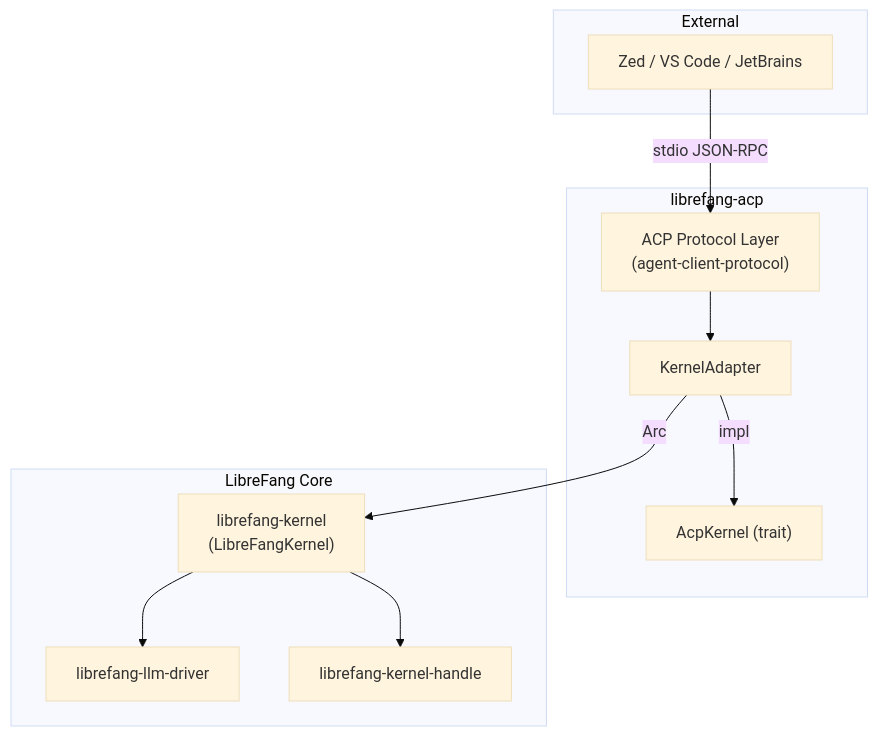
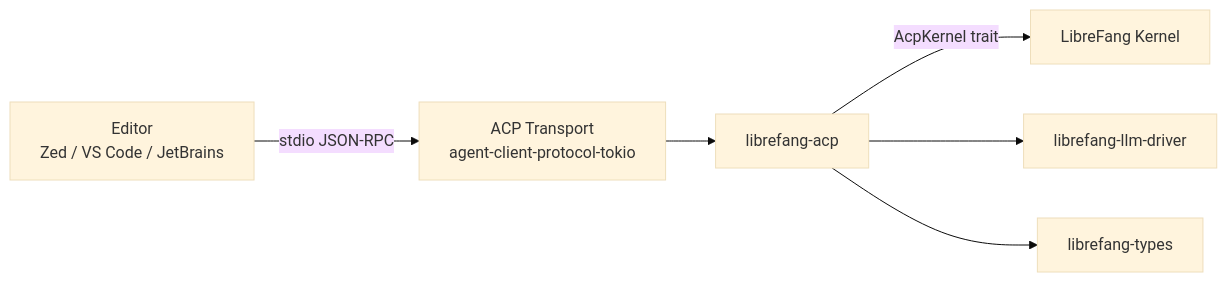
Before and after one commit to leszek3737/librefang-WIki: the diagram in other-librefang-acp.md, drawn with Mermaid (base theme). The commit also changed other lines of this file and 70 other files, not shown here.

````diff
--- a/other-librefang-acp.md
+++ b/other-librefang-acp.md
@@ -9,25 +15,8 @@
 ```mermaid
-graph TD
-    subgraph External
-        Zed["Zed / VS Code / JetBrains"]
-    end
-
-    subgraph "librefang-acp"
-        ACP["ACP Protocol Layer<br/>(agent-client-protocol)"]
-        ADAPTER["KernelAdapter"]
-        TRAIT["AcpKernel (trait)"]
-    end
-
-    subgraph "LibreFang Core"
-        KERNEL["librefang-kernel<br/>(LibreFangKernel)"]
-        DRIVER["librefang-llm-driver"]
-        HANDLE["librefang-kernel-handle"]
-    end
-
-    Zed -->|stdio JSON-RPC| ACP
-    ACP --> ADAPTER
-    ADAPTER -->|impl| TRAIT
-    ADAPTER -->|"Arc<LibreFangKernel>"| KERNEL
-    KERNEL --> DRIVER
-    KERNEL --> HANDLE
+graph LR
+    Editor[Editor<br/>Zed / VS Code / JetBrains] -->|stdio JSON-RPC| AcpServer[ACP Transport<br/>agent-client-protocol-tokio]
+    AcpServer --> AcpAdapter[librefang-acp]
+    AcpAdapter -->|AcpKernel trait| Kernel[LibreFang Kernel]
+    AcpAdapter --> LLM[librefang-llm-driver]
+    AcpAdapter --> Types[librefang-types]
 ```
````
